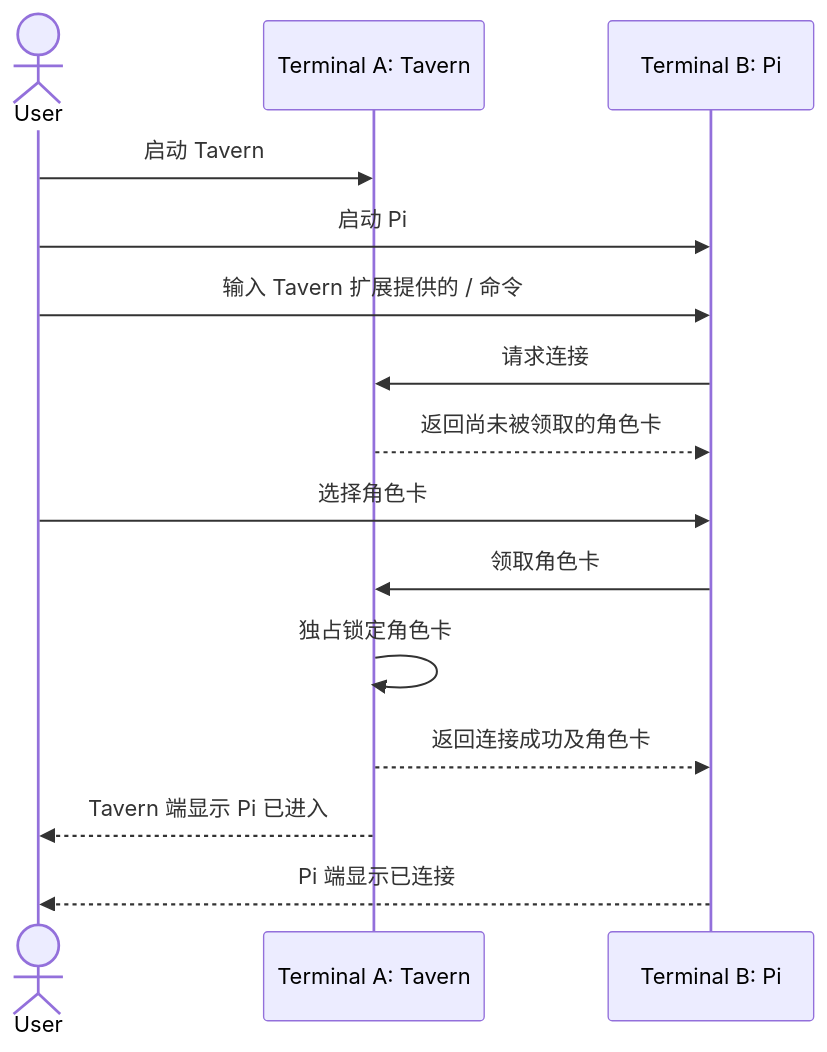
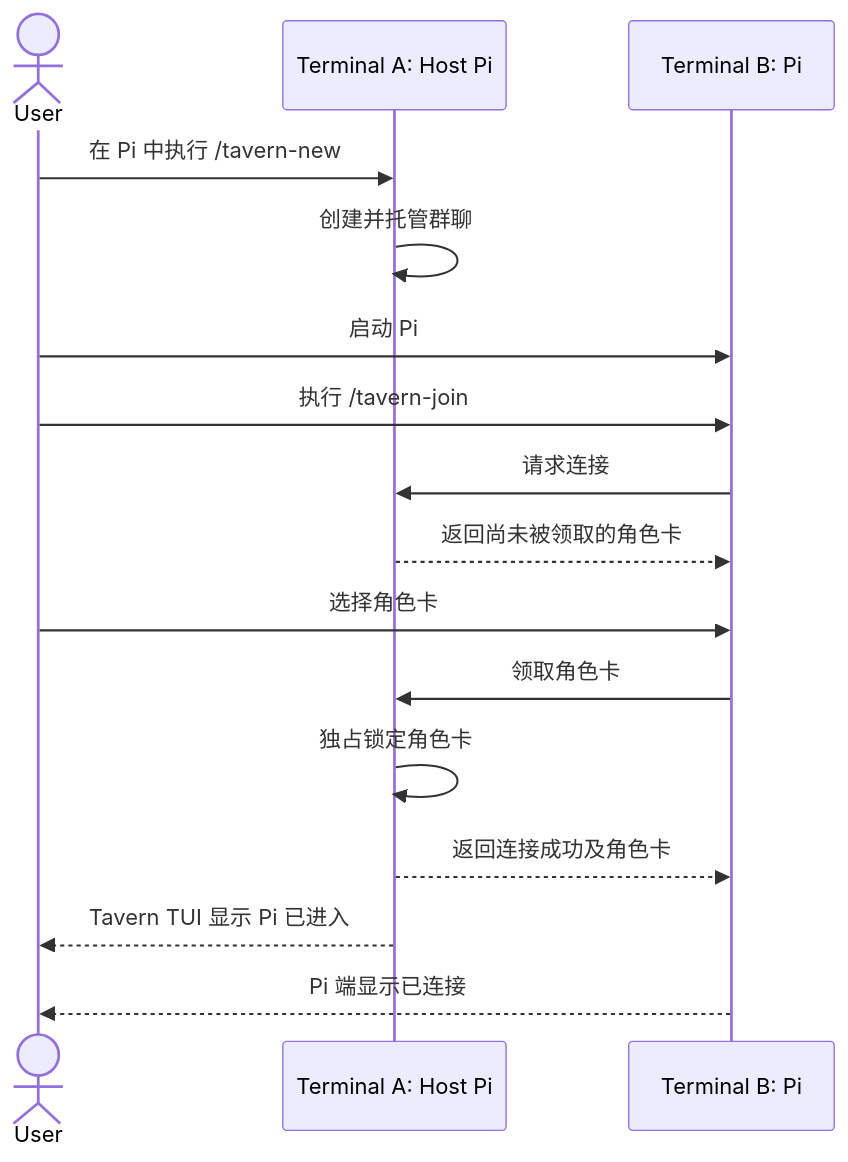
The diagram in docs/interaction-model.md (icylight/pi-tavern), drawn with Mermaid before and after one commit. The commit also changed other lines of this file and 1 other file, not shown here.

````diff
--- a/docs/interaction-model.md
+++ b/docs/interaction-model.md
@@ -24,18 +83,19 @@
 ```mermaid
 sequenceDiagram
     actor User
-    participant Tavern as Terminal A: Tavern
+    participant Host as Terminal A: Host Pi
     participant Pi as Terminal B: Pi
 
-    User->>Tavern: 启动 Tavern
+    User->>Host: 在 Pi 中执行 /tavern-new
+    Host->>Host: 创建并托管群聊
     User->>Pi: 启动 Pi
-    User->>Pi: 输入 Tavern 扩展提供的 / 命令
-    Pi->>Tavern: 请求连接
-    Tavern-->>Pi: 返回尚未被领取的角色卡
+    User->>Pi: 执行 /tavern-join
+    Pi->>Host: 请求连接
+    Host-->>Pi: 返回尚未被领取的角色卡
     User->>Pi: 选择角色卡
-    Pi->>Tavern: 领取角色卡
-    Tavern->>Tavern: 独占锁定角色卡
-    Tavern-->>Pi: 返回连接成功及角色卡
-    Tavern-->>User: Tavern 端显示 Pi 已进入
+    Pi->>Host: 领取角色卡
+    Host->>Host: 独占锁定角色卡
+    Host-->>Pi: 返回连接成功及角色卡
+    Host-->>User: Tavern TUI 显示 Pi 已进入
     Pi-->>User: Pi 端显示已连接
 ```
````
